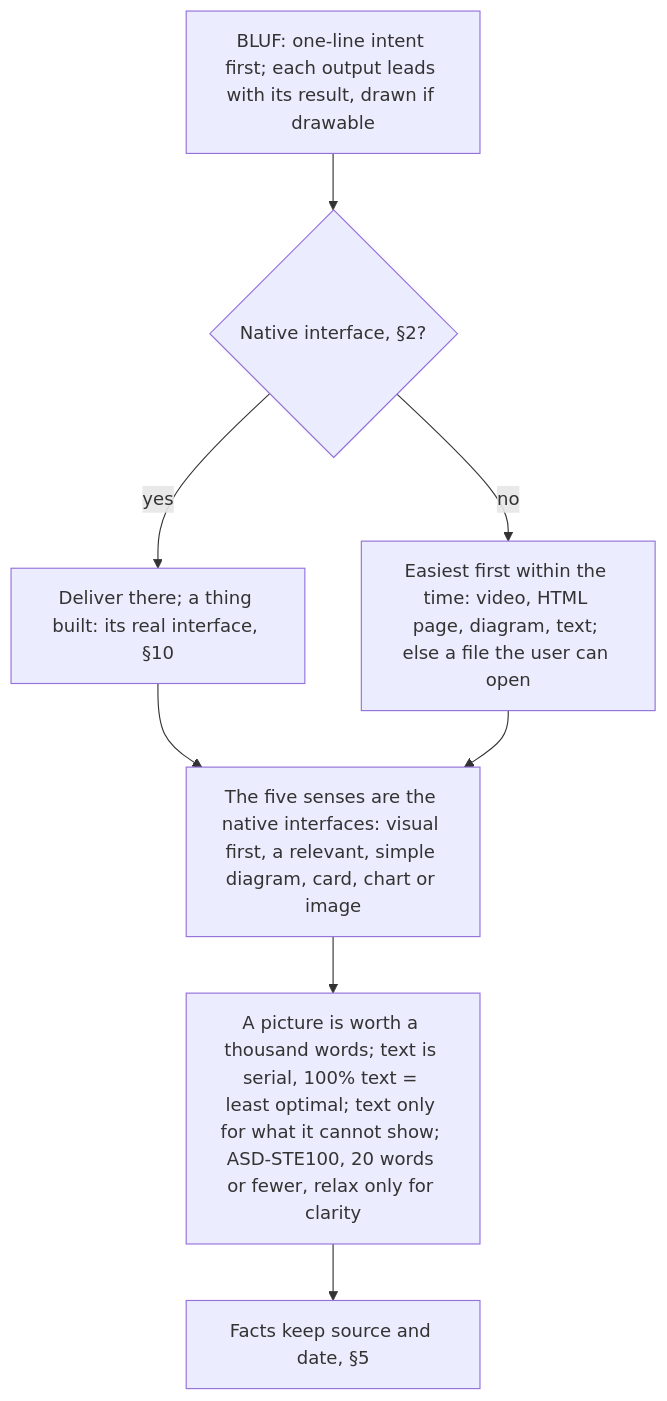
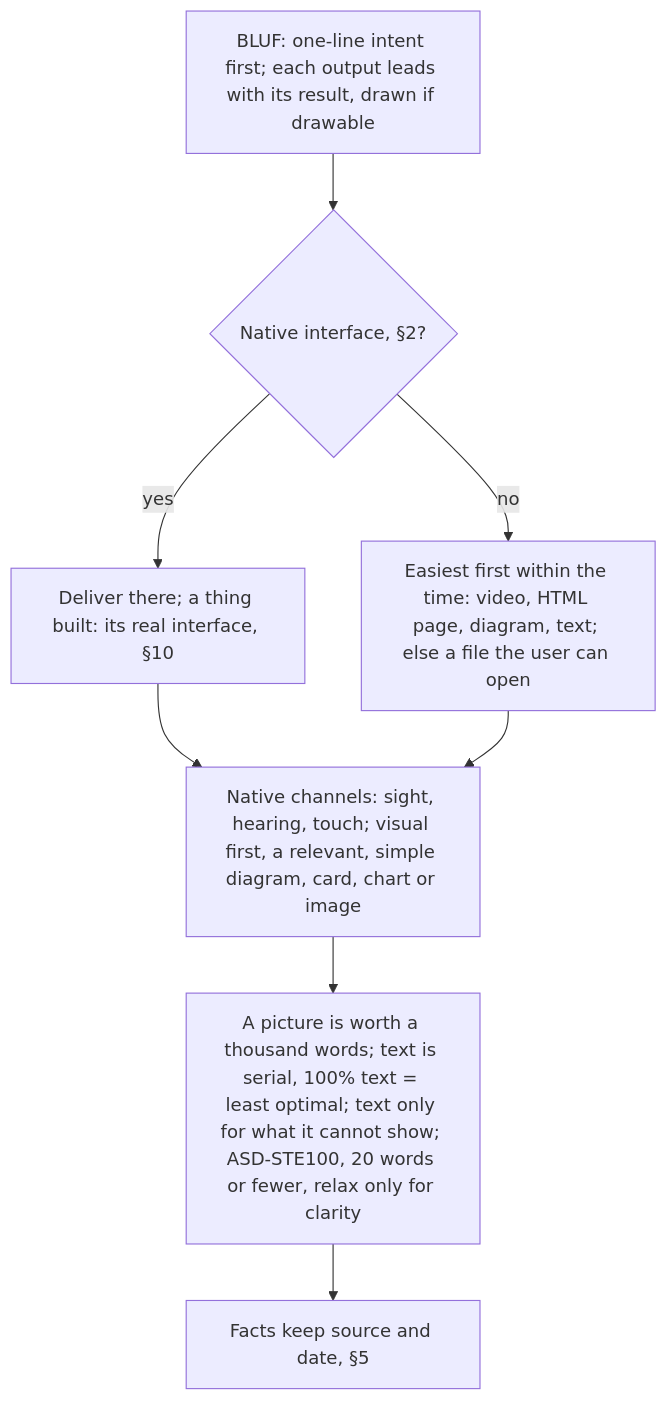
Diagram 12 of 14 in AGENTS.md (SolenixAI/arbiter), drawn with Mermaid before and after one commit. The commit also changed other lines of this file, not shown here.

Commit message:
docs(agents): section 11: native channels are {{sight, hearing, touch}}

````diff
--- a/AGENTS.md
+++ b/AGENTS.md
@@ -488,10 +488,10 @@
 ```mermaid
 flowchart TD
   IL["BLUF: one-line intent first; each output leads with its result, drawn if drawable"] --> N{Native interface, §2?}
   N -->|yes| V["Deliver there; a thing built: its real interface, §10"]
   N -->|no| F["Easiest first within the time: video, HTML page, diagram, text; else a file the user can open"]
-  V --> VF["The five senses are the native interfaces: visual first, a relevant, simple diagram, card, chart or image"]
+  V --> VF["Native channels: sight, hearing, touch; visual first, a relevant, simple diagram, card, chart or image"]
   F --> VF
   VF --> T["A picture is worth a thousand words; text is serial, 100% text = least optimal; text only for what it cannot show; ASD-STE100, 20 words or fewer, relax only for clarity"]
   T --> E["Facts keep source and date, §5"]
 ```
````
